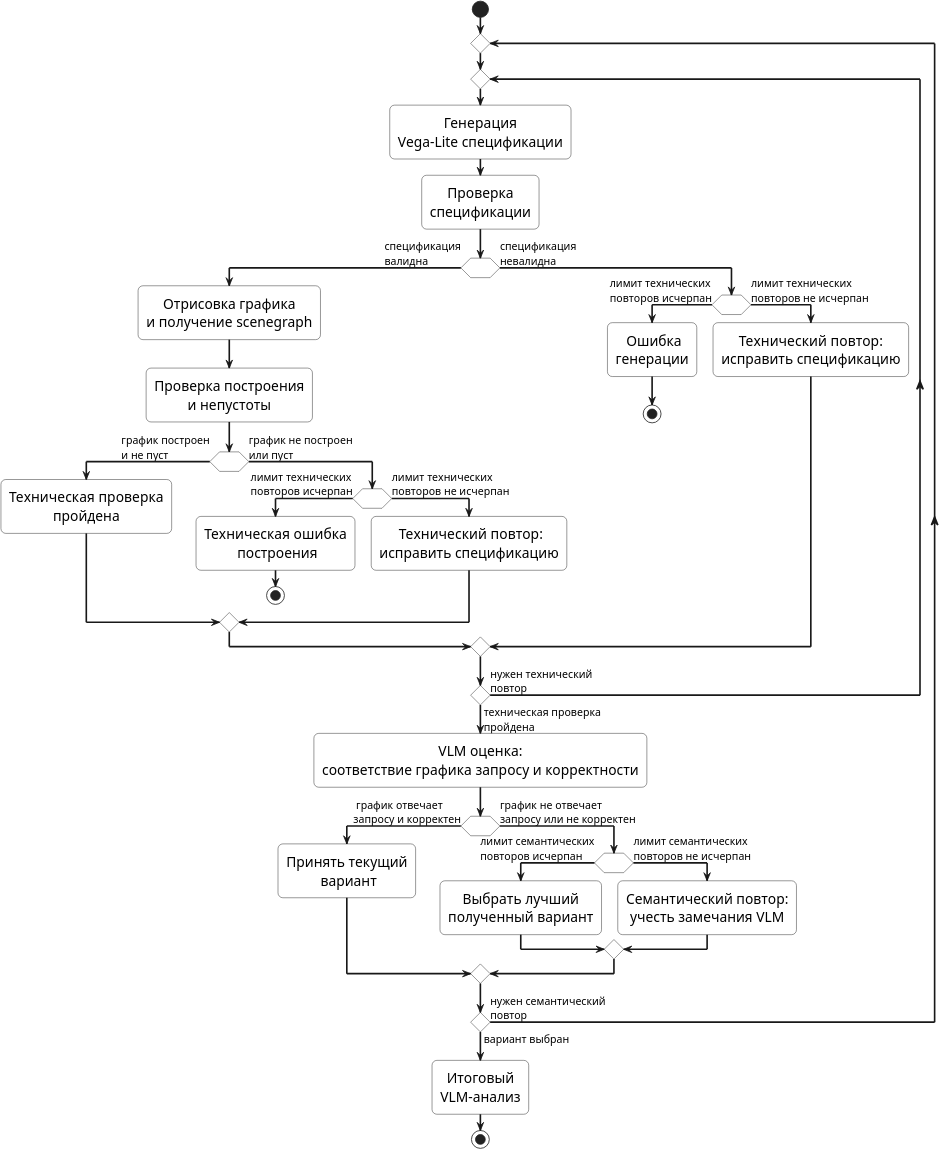
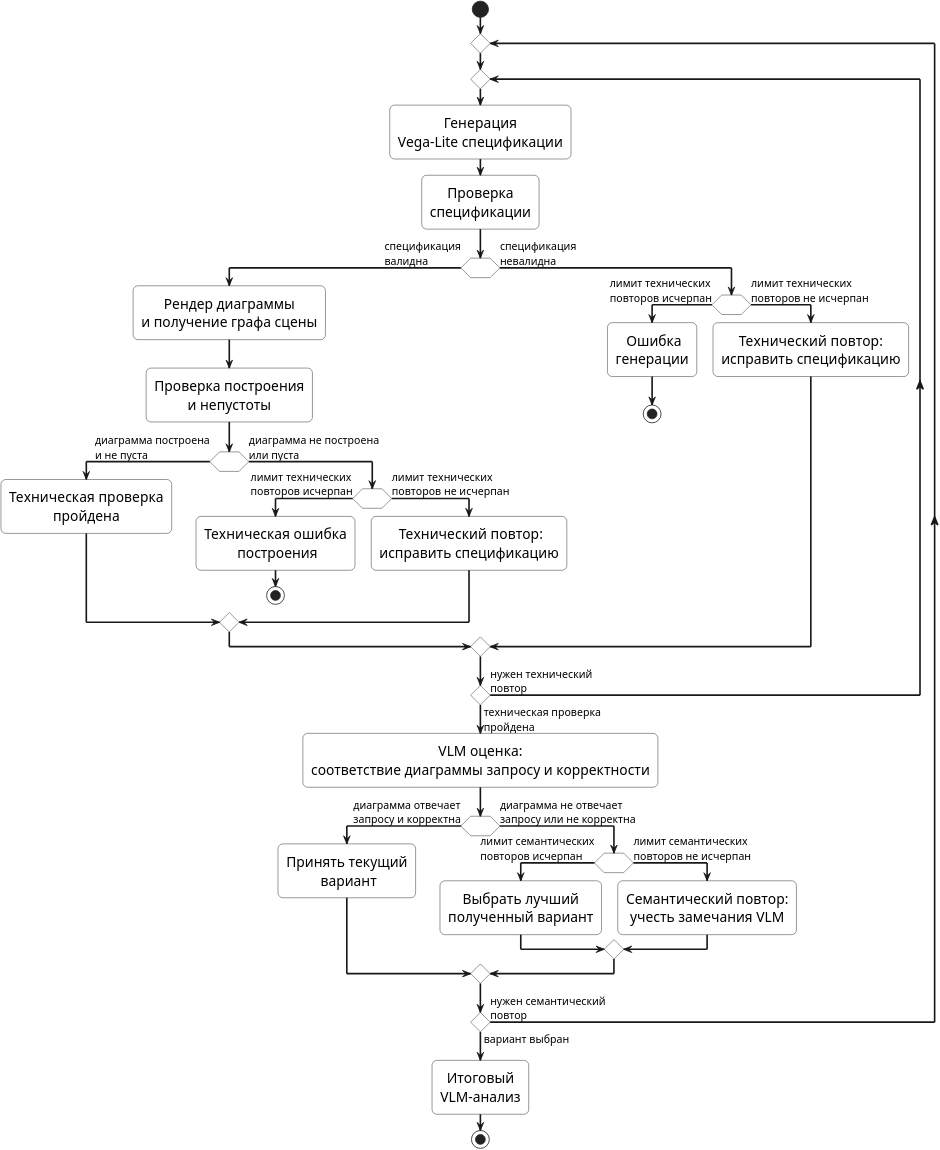
One commit to shnikita-cr/ViRAGE changed the diagram in research/architecture/tex/cycles/cycles.puml. Above: the diagram before and after it, drawn with PlantUML. The commit also changed 15 other files, not shown here.

Commit message:
update uml

```diff
--- a/research/architecture/tex/cycles/cycles.puml
+++ b/research/architecture/tex/cycles/cycles.puml
@@ -1,97 +1,97 @@
 @startuml
 skinparam shadowing false
 skinparam monochrome true
 skinparam roundcorner 12
 skinparam defaultFontName "Times New Roman"
 skinparam defaultFontSize 17
 skinparam ArrowFontSize 13
 skinparam ArrowThickness 2
 skinparam linetype ortho
 skinparam dpi 600
 
 skinparam activity {
 BorderColor black
 BackgroundColor white
 }
 
 <style>
 activityDiagram {
 activity {
 HorizontalAlignment center
 }
 
 diamond {
 HorizontalAlignment center
 }
 }
 </style>
 
 skinparam diamond {
 BorderColor black
 BackgroundColor white
 }
 
 start
 
 repeat
 
 repeat
 :Генерация\nVega-Lite спецификации;
 :Проверка\nспецификации;
 
 if ( ) then (спецификация\nвалидна)
 
-:Отрисовка графика\nи получение scenegraph;
+:Рендер диаграммы\nи получение графа сцены;
 :Проверка построения\nи непустоты;
 
-if ( ) then (график построен\nи не пуст)
+if ( ) then (диаграмма построена\nи не пуста)
 
 :Техническая проверка\nпройдена;
 
-else (график не построен\nили пуст)
+else (диаграмма не построена\nили пуста)
 
 if ( ) then (лимит технических\nповторов исчерпан)
 :Техническая ошибка\n построения;
 stop
 else (лимит технических\nповторов не исчерпан)
 : Технический повтор:\nисправить спецификацию;
 endif
 
 endif
 
 else (спецификация\nневалидна)
 
 if ( ) then (лимит технических\nповторов исчерпан)
 : Ошибка\nгенерации;
 stop
 else (лимит технических\nповторов не исчерпан)
 :Технический повтор:\nисправить спецификацию;
 endif
 
 endif
 
 repeat while ( ) is (нужен технический\nповтор) not (техническая проверка\nпройдена)
 
-:VLM оценка:\nсоответствие графика запросу и корректности;
+:VLM оценка:\nсоответствие диаграммы запросу и корректности;
 
-if ( ) then ( график отвечает\nзапросу и корректен)
+if ( ) then (диаграмма отвечает\nзапросу и корректна)
 
 :Принять текущий\n вариант;
 
-else (график не отвечает\nзапросу или не корректен)
+else (диаграмма не отвечает\nзапросу или не корректна)
 
 if ( ) then (лимит семантических\nповторов исчерпан)
 :Выбрать лучший\nполученный вариант;
 else (лимит семантических\nповторов не исчерпан)
 :Семантический повтор:\nучесть замечания VLM;
 endif
 
 endif
 
 repeat while ( ) is (нужен семантический\nповтор) not (вариант выбран)
 
 :Итоговый\nVLM-анализ;
 
 stop
 
 @enduml
```
